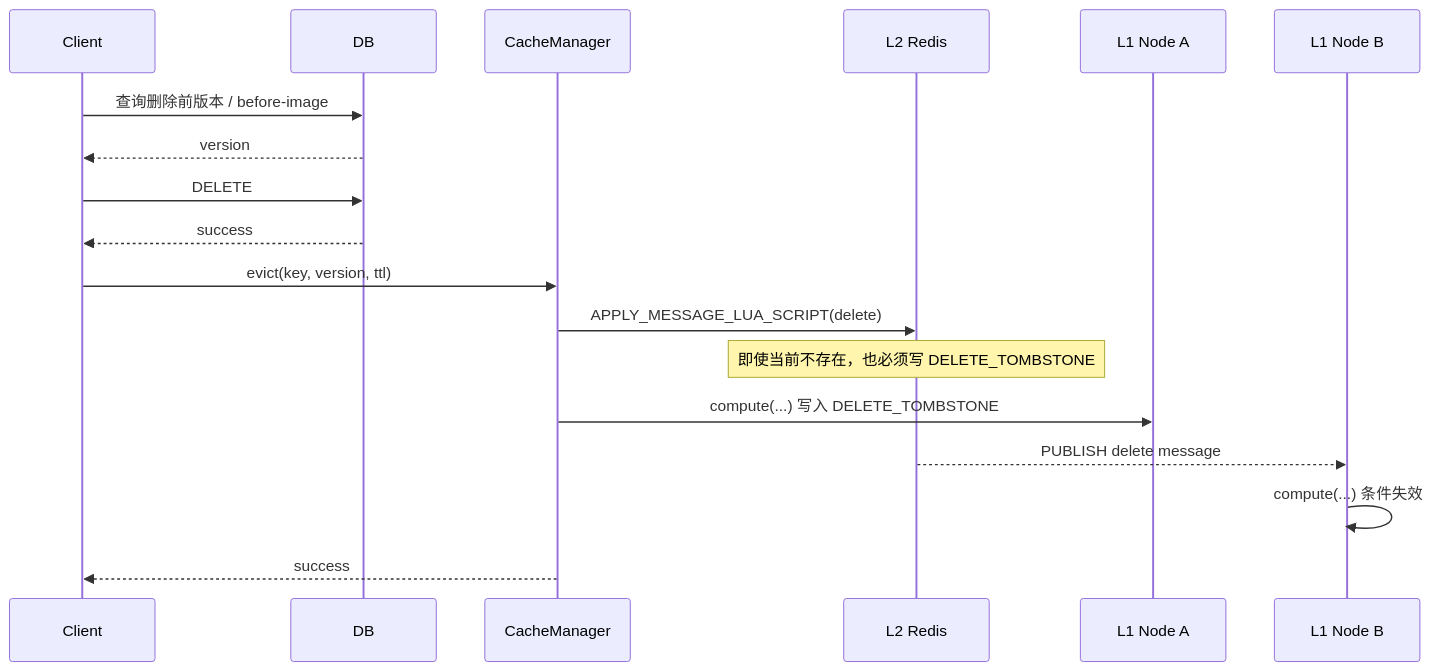
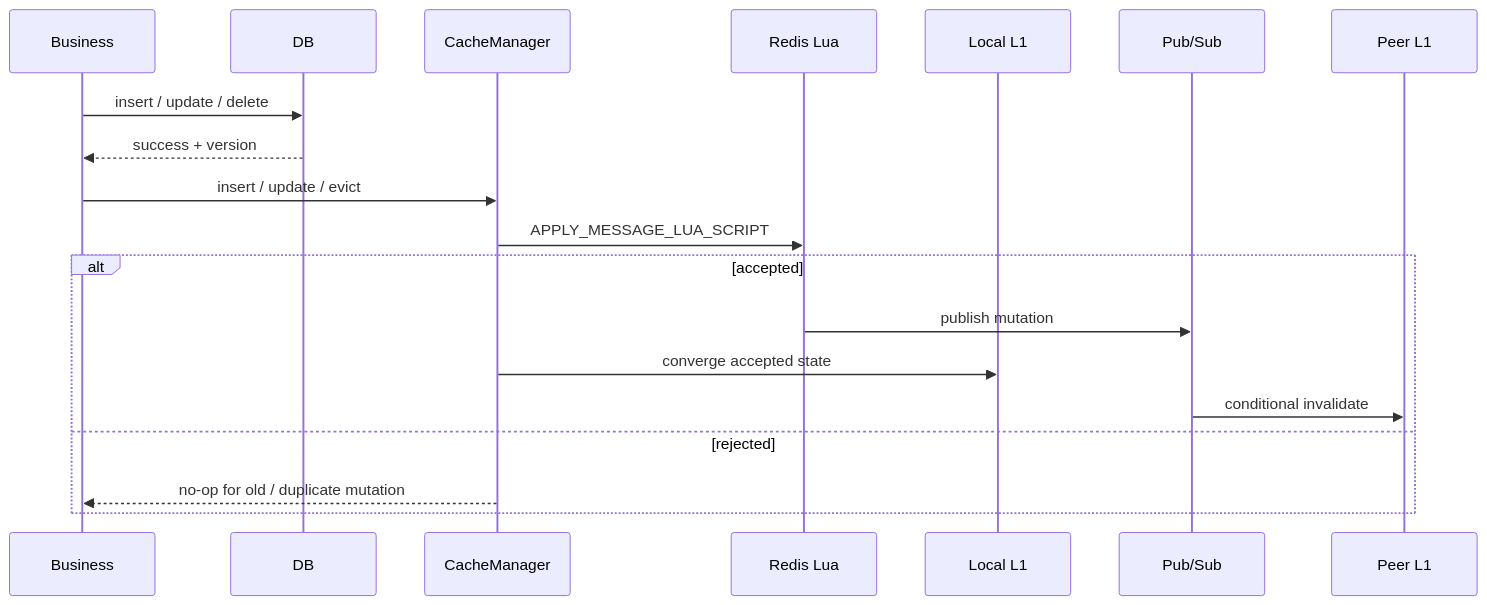
Before and after one commit to dk900912/multi-tier-cache-framework: the third of 4 diagrams in README.md, drawn with Mermaid. The commit also changed other lines of this file and 68 other files, not shown here.

````diff
--- a/README.md
+++ b/README.md
@@ -616,21 +389,22 @@
 ```mermaid
 sequenceDiagram
-    participant Client
-    participant DB
-    participant CacheManager
-    participant L2 as L2 Redis
-    participant L1A as L1 Node A
-    participant L1B as L1 Node B
+    participant APP as Business
+    participant DB as DB
+    participant CM as CacheManager
+    participant L2 as Redis Lua
+    participant L1 as Local L1
+    participant PS as Pub/Sub
+    participant PEER as Peer L1
 
-    Client->>DB: 查询删除前版本 / before-image
-    DB-->>Client: version
-    Client->>DB: DELETE
-    DB-->>Client: success
-    Client->>CacheManager: evict(key, version, ttl)
-    CacheManager->>L2: APPLY_MESSAGE_LUA_SCRIPT(delete)
-    Note over L2: 即使当前不存在，也必须写 DELETE_TOMBSTONE
-    CacheManager->>L1A: compute(...) 写入 DELETE_TOMBSTONE
-    L2-->>L1B: PUBLISH delete message
-    L1B->>L1B: compute(...) 条件失效
-    CacheManager-->>Client: success
+    APP->>DB: insert / update / delete
+    DB-->>APP: success + version
+    APP->>CM: insert / update / evict
+    CM->>L2: APPLY_MESSAGE_LUA_SCRIPT
+    alt accepted
+        L2->>PS: publish mutation
+        CM->>L1: converge accepted state
+        PS->>PEER: conditional invalidate
+    else rejected
+        CM-->>APP: no-op for old / duplicate mutation
+    end
 ```
````
